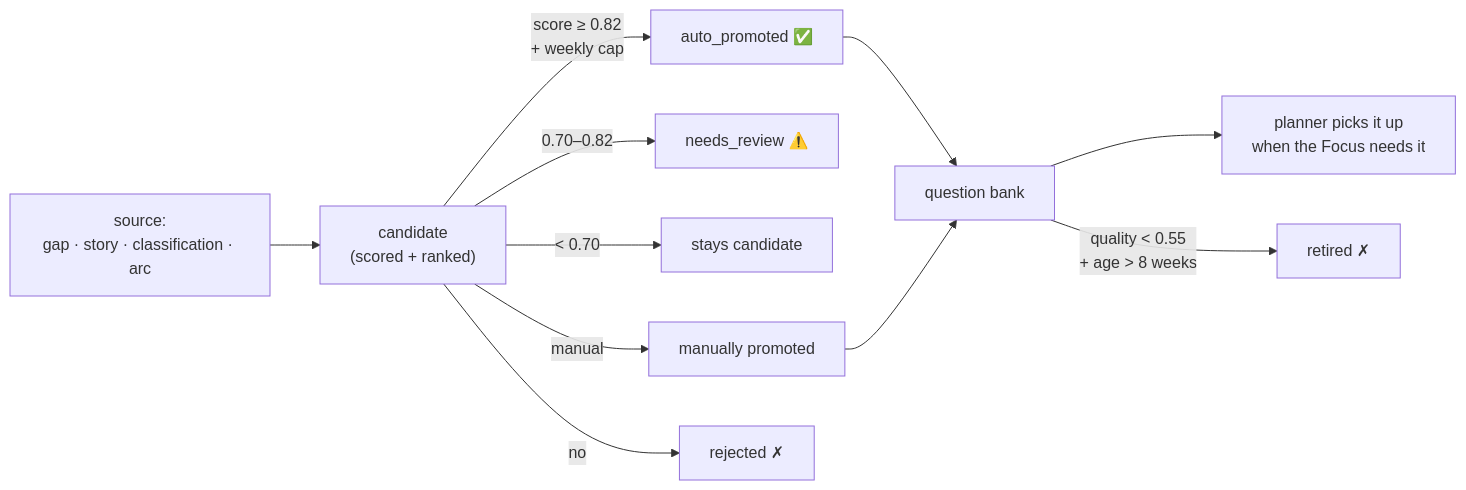
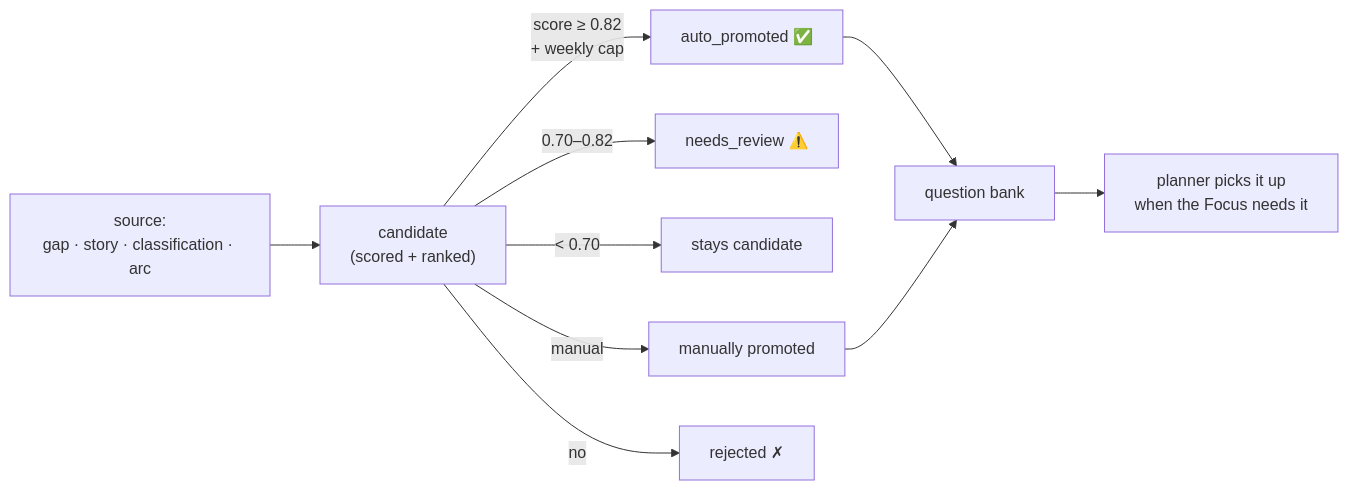
Before and after one commit to lifehug/lifehug: the seventh of 9 diagrams in README.md, drawn with Mermaid. The commit also changed other lines of this file and 6 other files, not shown here.

````diff
--- a/README.md
+++ b/README.md
@@ -246,13 +244,12 @@
 ```mermaid
 flowchart LR
     SRC["source:<br/>gap · story · classification · arc"] --> C["candidate<br/>(scored + ranked)"] 
     C -->|"score ≥ 0.82\n+ weekly cap"| AUTO["auto_promoted ✅"]
     C -->|"0.70–0.82"| REV["needs_review ⚠️"]
     C -->|"< 0.70"| LOW["stays candidate"]
     C -->|manual| MAN["manually promoted"]
     C -->|no| REJ["rejected ✗"]
     AUTO --> BANK["question bank"]
     MAN --> BANK
     BANK --> PLAN["planner picks it up<br/>when the Focus needs it"]
-    BANK -->|"quality < 0.55\n+ age > 8 weeks"| RETIRE["retired ✗"]
 ```
````
